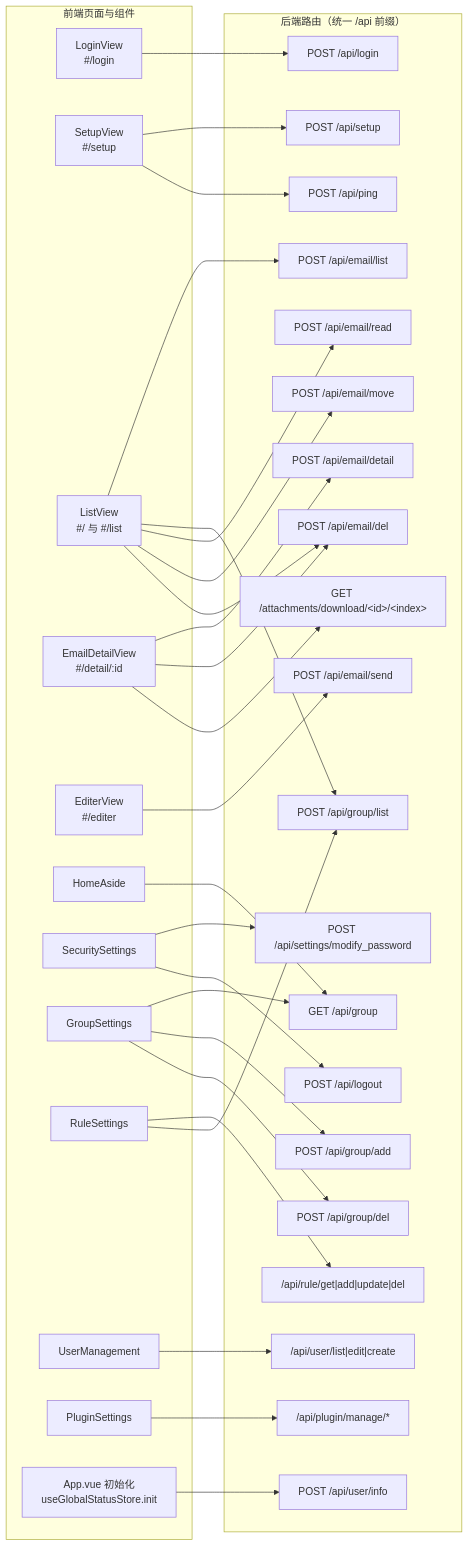
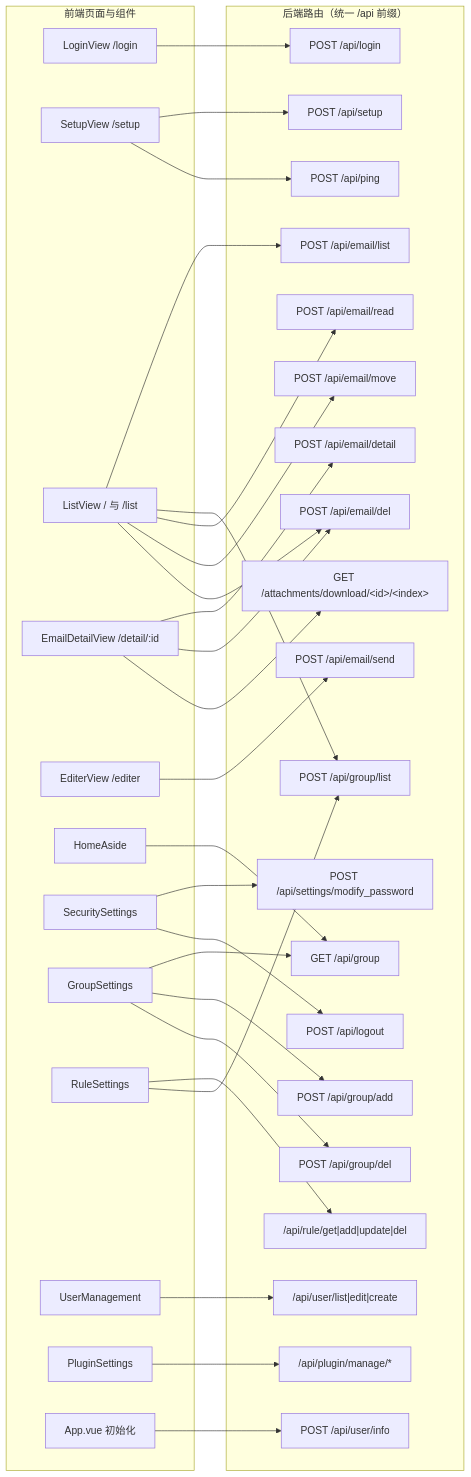
The diagram in docs/功能/06-前端应用.md (bambuo/PMail), drawn with Mermaid before and after one commit. The commit also changed other lines of this file and 72 other files, not shown here.

````diff
--- a/docs/功能/06-前端应用.md
+++ b/docs/功能/06-前端应用.md
@@ -157,64 +158,64 @@
 ```mermaid
 flowchart LR
   subgraph FE["前端页面与组件"]
-    login["LoginView<br/>#/login"]
-    setup["SetupView<br/>#/setup"]
-    list["ListView<br/>#/ 与 #/list"]
-    detail["EmailDetailView<br/>#/detail/:id"]
-    editor["EditerView<br/>#/editer"]
+    login["LoginView /login"]
+    setup["SetupView /setup"]
+    list["ListView / 与 /list"]
+    detail["EmailDetailView /detail/:id"]
+    editor["EditerView /editer"]
     aside["HomeAside"]
     sec["SecuritySettings"]
     grp["GroupSettings"]
     rule["RuleSettings"]
     um["UserManagement"]
     plug["PluginSettings"]
-    app["App.vue 初始化<br/>useGlobalStatusStore.init"]
+    app["App.vue 初始化"]
   end
 
   subgraph API["后端路由（统一 /api 前缀）"]
     a_login["POST /api/login"]
     a_setup["POST /api/setup"]
     a_ping["POST /api/ping"]
     a_info["POST /api/user/info"]
     a_logout["POST /api/logout"]
     a_elist["POST /api/email/list"]
     a_edetail["POST /api/email/detail"]
     a_esend["POST /api/email/send"]
     a_eread["POST /api/email/read"]
     a_emove["POST /api/email/move"]
     a_edel["POST /api/email/del"]
     a_group["GET /api/group"]
     a_grouplist["POST /api/group/list"]
     a_groupadd["POST /api/group/add"]
     a_groupdel["POST /api/group/del"]
     a_rule["/api/rule/get|add|update|del"]
     a_pwd["POST /api/settings/modify_password"]
     a_user["/api/user/list|edit|create"]
     a_plugin["/api/plugin/manage/*"]
     a_attach["GET /attachments/download/&lt;id&gt;/&lt;index&gt;"]
   end
 
   login --> a_login
   setup --> a_setup
   setup --> a_ping
   app --> a_info
   list --> a_elist
   list --> a_grouplist
   list --> a_eread
   list --> a_emove
   list --> a_edel
   detail --> a_edetail
   detail --> a_edel
   detail --> a_attach
   editor --> a_esend
   aside --> a_group
   sec --> a_pwd
   sec --> a_logout
   grp --> a_group
   grp --> a_groupadd
   grp --> a_groupdel
   rule --> a_rule
   rule --> a_grouplist
   um --> a_user
   plug --> a_plugin
 ```
````
